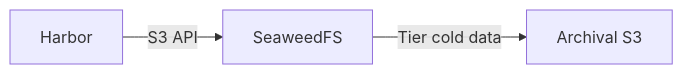
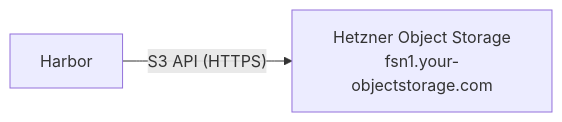
The third of 4 diagrams in platform/harbor/README.md (openova-io/openova), drawn with Mermaid before and after one commit. The commit also changed other lines of this file and 11 other files, not shown here.

````diff
--- a/platform/harbor/README.md
+++ b/platform/harbor/README.md
@@ -114,5 +117,4 @@
 ```mermaid
 flowchart LR
-    Harbor[Harbor] -->|"S3 API"| SeaweedFS[SeaweedFS]
-    SeaweedFS -->|"Tier cold data"| Archive[Archival S3]
+    Harbor[Harbor] -->|"S3 API (HTTPS)"| Hetzner[Hetzner Object Storage<br/>fsn1.your-objectstorage.com]
 ```
````
